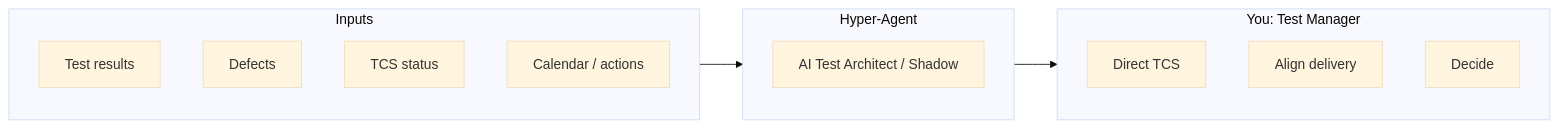
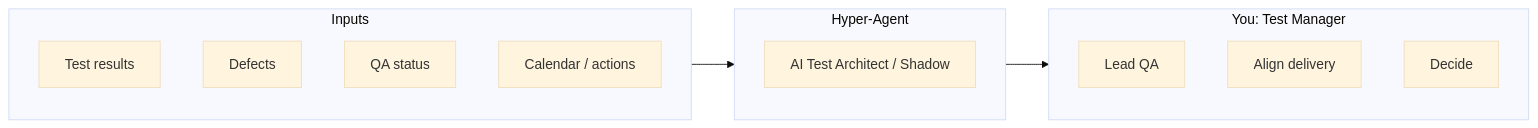
The third of 3 diagrams in docs/DIAGRAM-capabilities.md (ElaMCB/Hyper-Agent), drawn with Mermaid (base theme) before and after one commit. The commit also changed other lines of this file and 6 other files, not shown here.

````diff
--- a/docs/DIAGRAM-capabilities.md
+++ b/docs/DIAGRAM-capabilities.md
@@ -128,22 +128,22 @@
 ```mermaid
 flowchart LR
     subgraph inputs["Inputs"]
         I1[Test results]
         I2[Defects]
-        I3[TCS status]
+        I3[QA status]
         I4[Calendar / actions]
     end
 
     subgraph shadow["Hyper-Agent"]
         SH["AI Test Architect / Shadow"]
     end
 
     subgraph you["You: Test Manager"]
-        Y1[Direct TCS]
+        Y1[Lead QA]
         Y2[Align delivery]
         Y3[Decide]
     end
 
     inputs --> shadow
     shadow --> you
 ```
````
